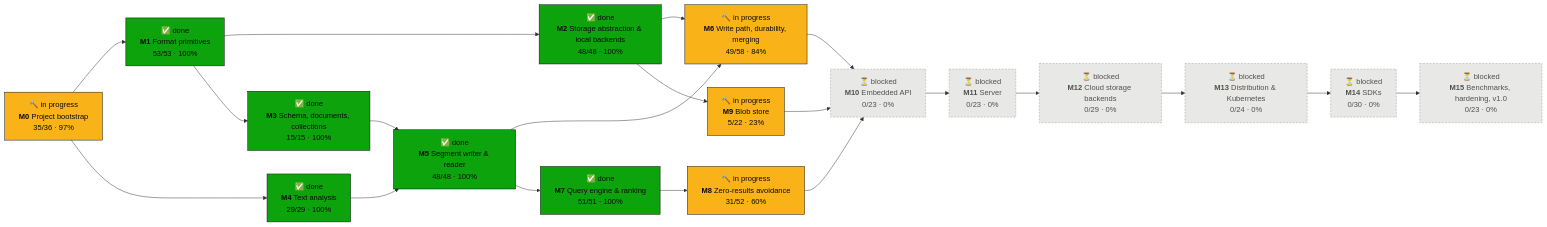
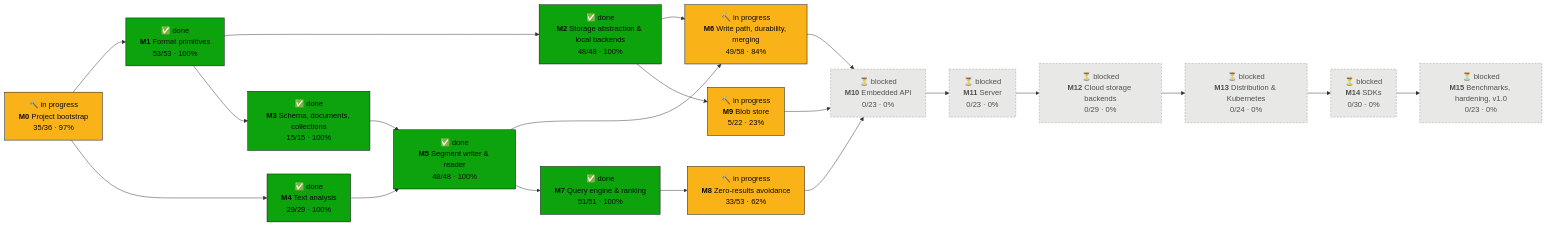
One commit to tomiok/persiaDB changed the first of 2 diagrams in PROGRESS.md. Above: the diagram before and after it, drawn with Mermaid. The commit also changed other lines of this file and 11 other files, not shown here.

First line of the commit message:
L3 and L4 in the differential suite (ROADMAP 8.1.19, 8.1.21) (#101)

````diff
--- a/PROGRESS.md
+++ b/PROGRESS.md
@@ -16,42 +16,42 @@
 ```mermaid
 flowchart LR
   M0["🔨 in progress<br/><b>M0</b> Project bootstrap<br/>35/36 · 97%"]:::doing
   M1["✅ done<br/><b>M1</b> Format primitives<br/>53/53 · 100%"]:::done
   M2["✅ done<br/><b>M2</b> Storage abstraction & local backends<br/>48/48 · 100%"]:::done
   M3["✅ done<br/><b>M3</b> Schema, documents, collections<br/>15/15 · 100%"]:::done
   M4["✅ done<br/><b>M4</b> Text analysis<br/>29/29 · 100%"]:::done
   M5["✅ done<br/><b>M5</b> Segment writer & reader<br/>48/48 · 100%"]:::done
   M6["🔨 in progress<br/><b>M6</b> Write path, durability, merging<br/>49/58 · 84%"]:::doing
   M7["✅ done<br/><b>M7</b> Query engine & ranking<br/>51/51 · 100%"]:::done
-  M8["🔨 in progress<br/><b>M8</b> Zero-results avoidance<br/>31/52 · 60%"]:::doing
+  M8["🔨 in progress<br/><b>M8</b> Zero-results avoidance<br/>33/53 · 62%"]:::doing
   M9["🔨 in progress<br/><b>M9</b> Blob store<br/>5/22 · 23%"]:::doing
   M10["⏳ blocked<br/><b>M10</b> Embedded API<br/>0/23 · 0%"]:::blocked
   M11["⏳ blocked<br/><b>M11</b> Server<br/>0/23 · 0%"]:::blocked
   M12["⏳ blocked<br/><b>M12</b> Cloud storage backends<br/>0/29 · 0%"]:::blocked
   M13["⏳ blocked<br/><b>M13</b> Distribution & Kubernetes<br/>0/24 · 0%"]:::blocked
   M14["⏳ blocked<br/><b>M14</b> SDKs<br/>0/30 · 0%"]:::blocked
   M15["⏳ blocked<br/><b>M15</b> Benchmarks, hardening, v1.0<br/>0/23 · 0%"]:::blocked
   M0 --> M1
   M1 --> M2
   M1 --> M3
   M0 --> M4
   M3 --> M5
   M4 --> M5
   M2 --> M6
   M5 --> M6
   M5 --> M7
   M7 --> M8
   M2 --> M9
   M6 --> M10
   M8 --> M10
   M9 --> M10
   M10 --> M11
   M11 --> M12
   M12 --> M13
   M13 --> M14
   M14 --> M15
   classDef done fill:#0ca30c,stroke:#0b0b0b,color:#0b0b0b
   classDef doing fill:#fab219,stroke:#0b0b0b,color:#0b0b0b
   classDef ready fill:#fcfcfb,stroke:#0b0b0b,stroke-width:2px,color:#0b0b0b
   classDef blocked fill:#e8e8e6,stroke:#9a9a96,stroke-dasharray:4 3,color:#52514e
 ```
````
